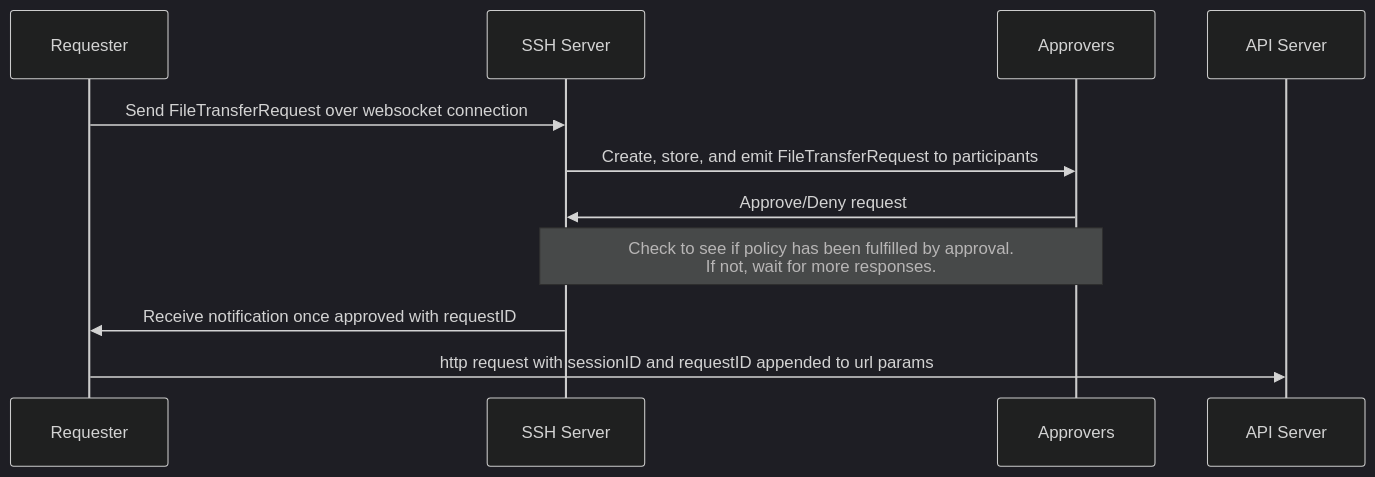
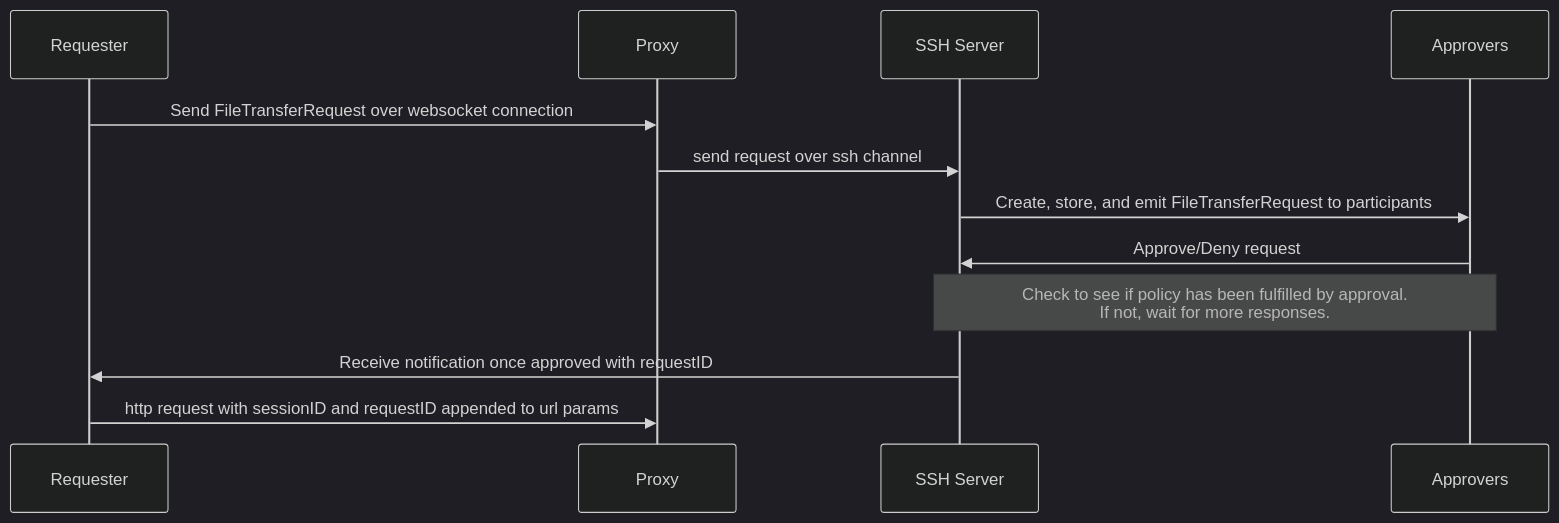
Before and after one commit to tgoodsell-tempus/teleport: the diagram in rfd/0113-moderated-file-transfers.md, drawn with Mermaid (dark theme). The commit also changed other lines of this file, not shown here.

Commit message:
Add more linebreaks, update mermaid chart

````diff
--- a/rfd/0113-moderated-file-transfers.md
+++ b/rfd/0113-moderated-file-transfers.md
@@ -40,9 +42,10 @@
 ```mermaid
 sequenceDiagram
-Requester->>SSH Server: Send FileTransferRequest over websocket connection
+Requester->>Proxy: Send FileTransferRequest over websocket connection
+Proxy->>SSH Server: send request over ssh channel
 SSH Server->>Approvers: Create, store, and emit FileTransferRequest to participants
 Approvers->>SSH Server: Approve/Deny request
 Note over SSH Server,Approvers: Check to see if policy has been fulfilled by approval.<br />If not, wait for more responses.
 SSH Server->>Requester: Receive notification once approved with requestID
-Requester->>API Server: http request with sessionID and requestID appended to url params
+Requester->>Proxy: http request with sessionID and requestID appended to url params
 ```
````
